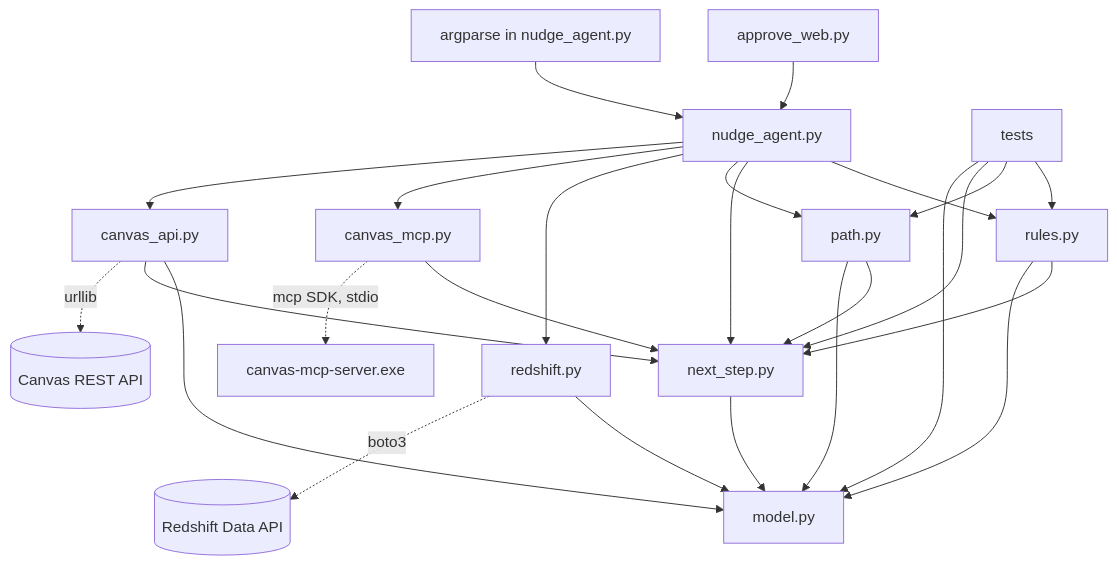
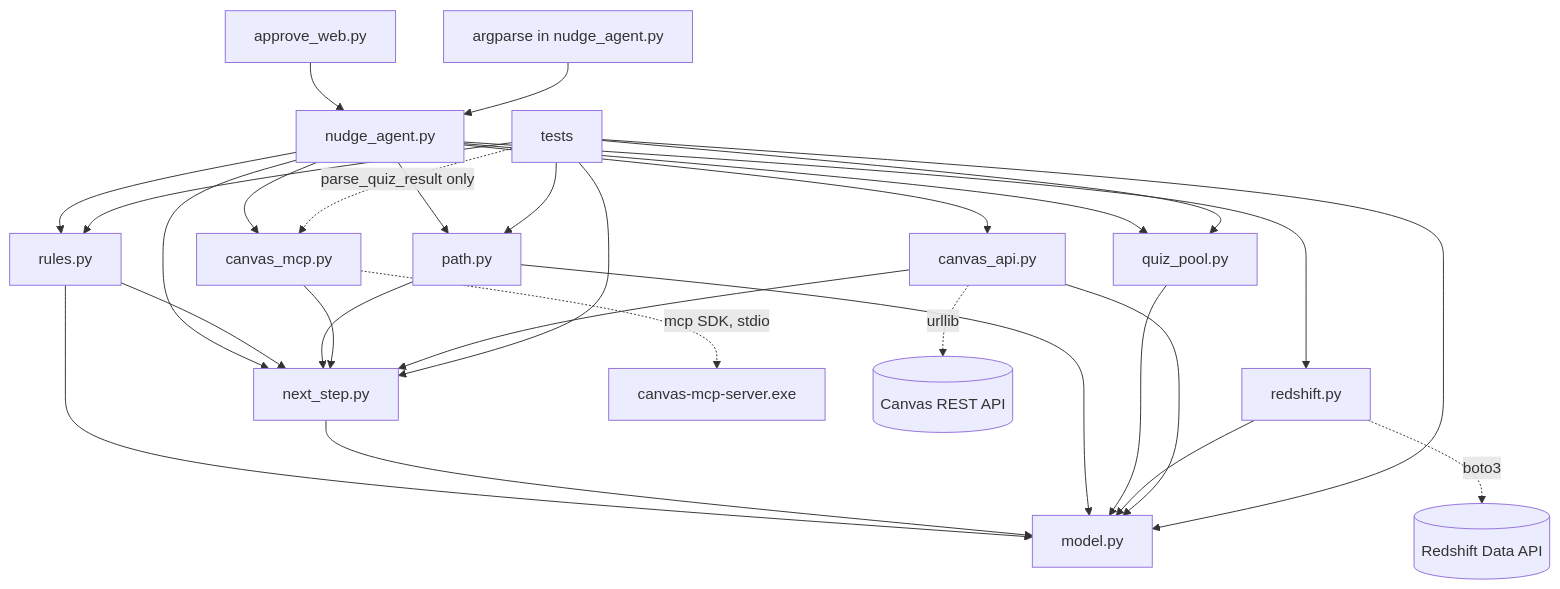
Before and after one commit to rdpatilds/nudge-agent: the second of 7 diagrams in docs/ARCHITECTURE.md, drawn with Mermaid. The commit also changed other lines of this file and 11 other files, not shown here.

Commit message:
Rule R2: practice quiz from the question pool through the MCP quiz tool

````diff
--- a/docs/ARCHITECTURE.md
+++ b/docs/ARCHITECTURE.md
@@ -75,27 +80,31 @@
 ```mermaid
 flowchart TD
     Web[approve_web.py] --> Agent[nudge_agent.py]
     CLI[argparse in nudge_agent.py] --> Agent
     Agent --> Rules[rules.py]
     Agent --> Next[next_step.py]
     Agent --> Path[path.py]
+    Agent --> Quiz[quiz_pool.py]
     Agent --> RS[redshift.py]
     Agent --> MCP[canvas_mcp.py]
     Agent --> API[canvas_api.py]
     Rules --> Next
     Path --> Next
     Rules --> Model[model.py]
     Next --> Model
     Path --> Model
+    Quiz --> Model
     RS --> Model
     API --> Model
     MCP --> Next
     API --> Next
     Test[tests] --> Rules
     Test --> Path
     Test --> Next
+    Test --> Quiz
     Test --> Model
+    Test -.->|parse_quiz_result only| MCP
     RS -.->|boto3| DataAPI[(Redshift Data API)]
     MCP -.->|mcp SDK, stdio| Server[canvas-mcp-server.exe]
     API -.->|urllib| REST[(Canvas REST API)]
 ```
````
